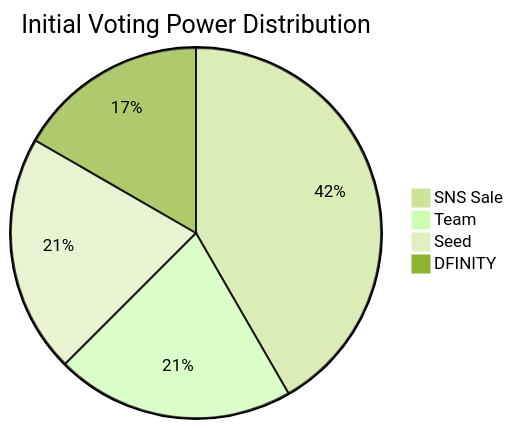
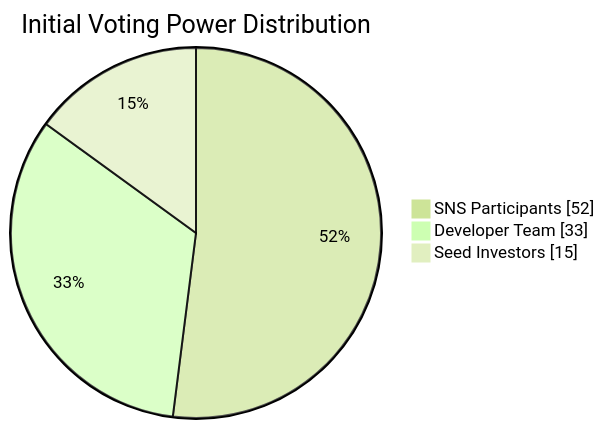
The fourth of 30 diagrams in src/frontend/src/assets/markdown/en/governance.md (cosmicrafts/cosmicrafts-dao), drawn with Mermaid (forest theme) before and after one commit. The commit also changed other lines of this file and 14 other files, not shown here.

````diff
--- a/src/frontend/src/assets/markdown/en/governance.md
+++ b/src/frontend/src/assets/markdown/en/governance.md
@@ -77,7 +127,6 @@
 ```mermaid
-pie title Initial Voting Power Distribution
-    "SNS Sale" : 41.67
-    "Team" : 20.83
-    "Seed" : 20.83
-    "DFINITY" : 16.67
+pie showData title Initial Voting Power Distribution
+    "SNS Participants" : 52
+    "Developer Team" : 33
+    "Seed Investors" : 15
 ```
````
